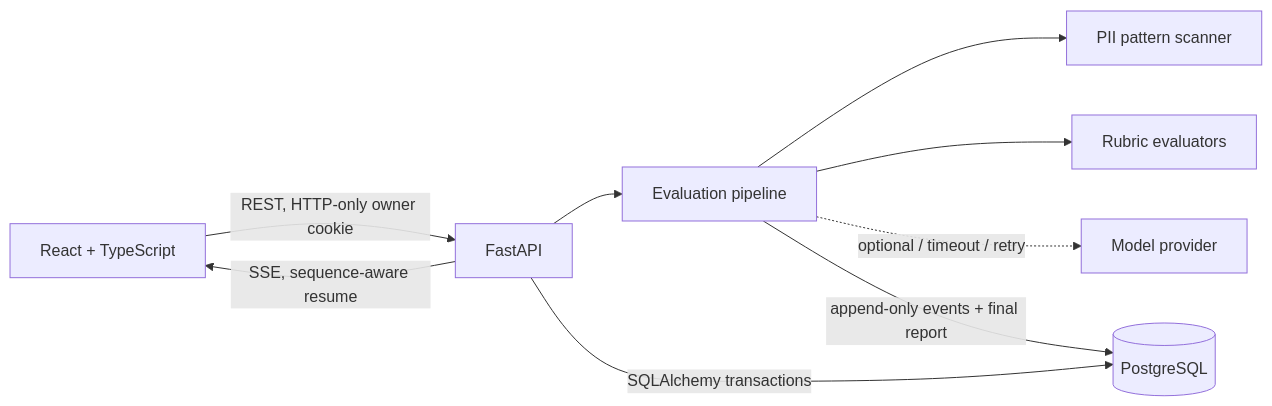
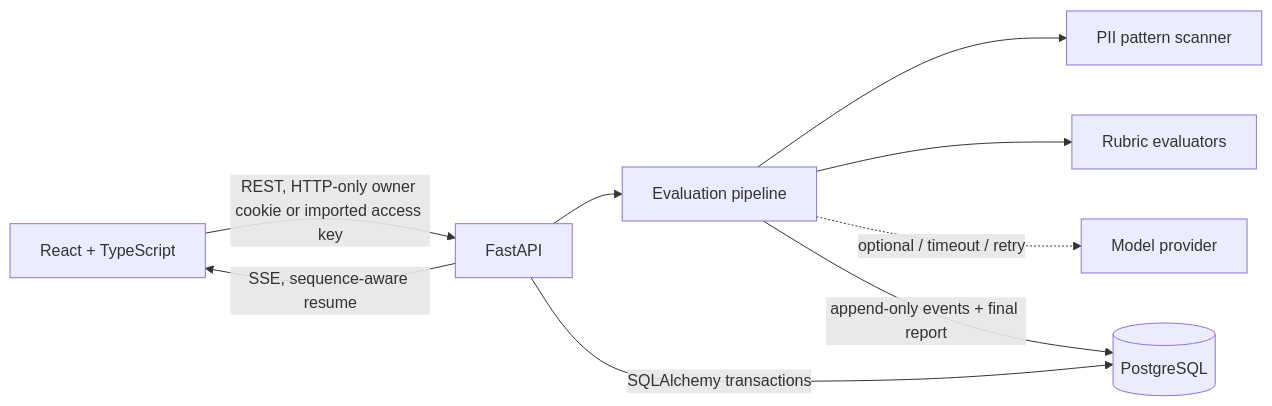
One commit to AsimAslah/AI-Quality-Lab changed the diagram in README.md. Above: the diagram before and after it, drawn with Mermaid. The commit also changed other lines of this file and 15 other files, not shown here.

````diff
--- a/README.md
+++ b/README.md
@@ -34,11 +34,11 @@
 ```mermaid
 flowchart LR
-  B[React + TypeScript] -->|REST, HTTP-only owner cookie| A[FastAPI]
+  B[React + TypeScript] -->|REST, HTTP-only owner cookie or imported access key| A[FastAPI]
   A -->|SSE, sequence-aware resume| B
   A --> W[Evaluation pipeline]
   W --> P[PII pattern scanner]
   W --> R[Rubric evaluators]
   W -. optional / timeout / retry .-> M[Model provider]
   A -->|SQLAlchemy transactions| D[(PostgreSQL)]
   W -->|append-only events + final report| D
 ```
````
